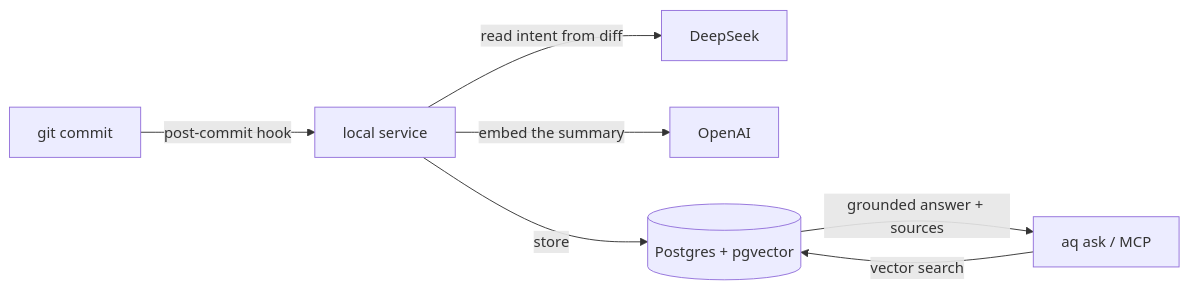
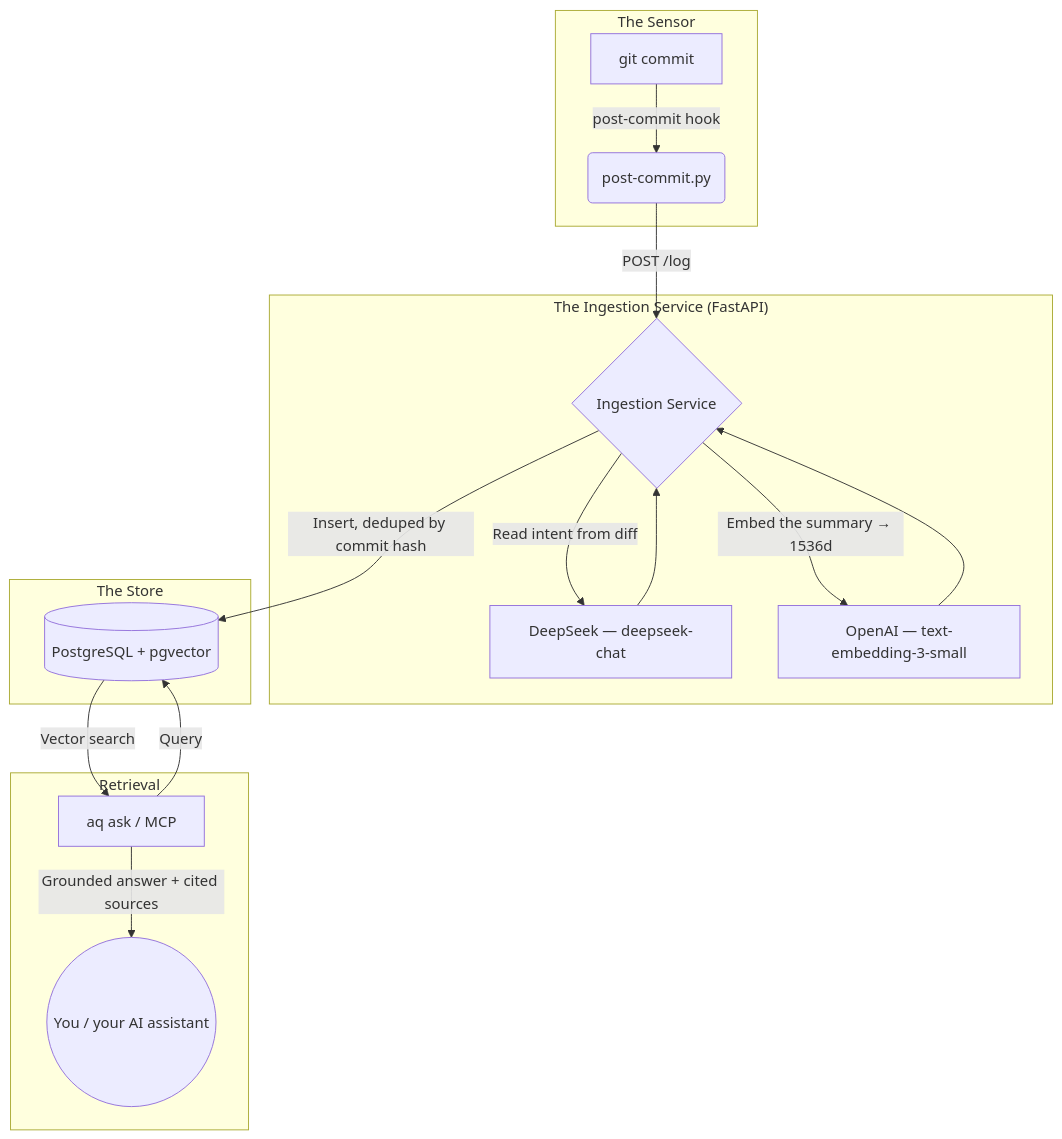
One commit to sidhurt/aqueitas changed the diagram in README.md. Above: the diagram before and after it, drawn with Mermaid. The commit also changed other lines of this file, not shown here.

First line of the commit message:
docs: restore emoji section headers and subgraph architecture diagram

````diff
--- a/README.md
+++ b/README.md
@@ -128,9 +128,24 @@
 ```mermaid
-graph LR
-    A[git commit] -->|post-commit hook| B[local service]
-    B -->|read intent from diff| C[DeepSeek]
-    B -->|embed the summary| D[OpenAI]
-    B -->|store| E[(Postgres + pgvector)]
-    F["aq ask / MCP"] -->|vector search| E
-    E -->|grounded answer + sources| F
+graph TD
+    subgraph "The Sensor"
+        A[git commit] -->|post-commit hook| B(post-commit.py)
+    end
+
+    subgraph "The Ingestion Service (FastAPI)"
+        B -->|POST /log| C{Ingestion Service}
+        C -->|Read intent from diff| D["DeepSeek — deepseek-chat"]
+        C -->|Embed the summary → 1536d| E["OpenAI — text-embedding-3-small"]
+        D --> C
+        E --> C
+    end
+
+    subgraph "The Store"
+        C -->|Insert, deduped by commit hash| F[("PostgreSQL + pgvector")]
+    end
+
+    subgraph "Retrieval"
+        G["aq ask / MCP"] -->|Query| F
+        F -->|Vector search| G
+        G -->|Grounded answer + cited sources| H((You / your AI assistant))
+    end
 ```
````
